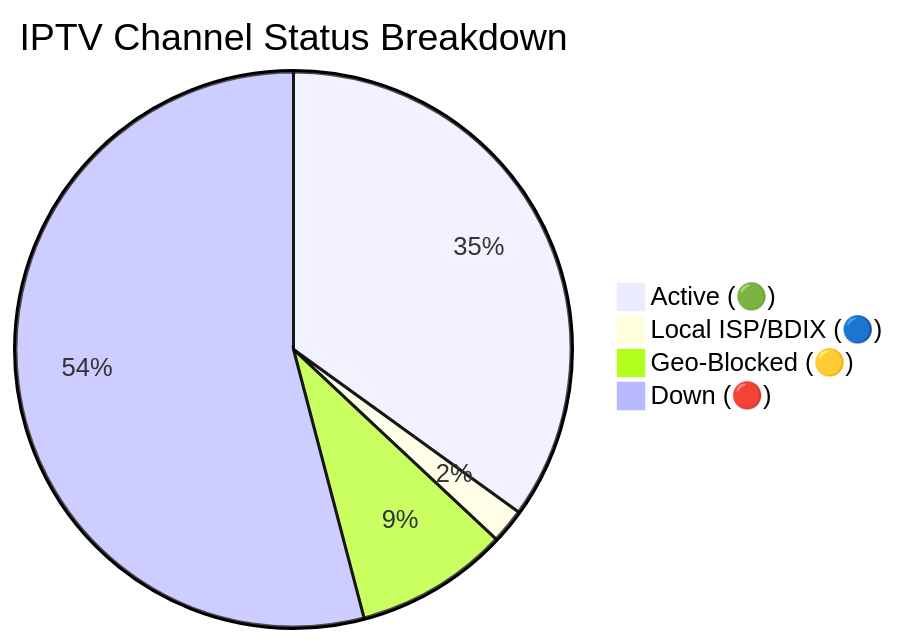
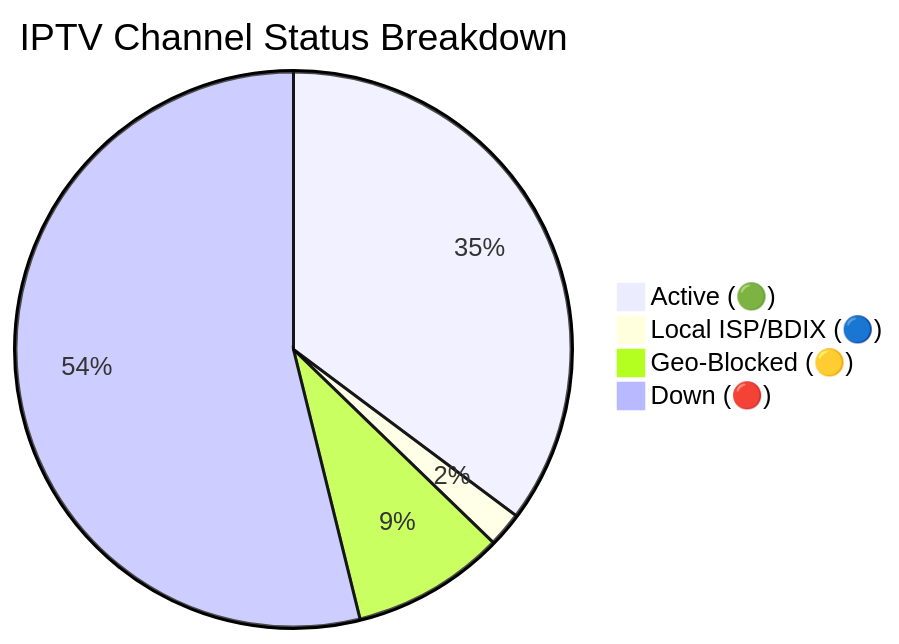
Before and after one commit to andreataylord/Ip-tv-Collection: the diagram in README.md, drawn with Mermaid. The commit also changed other lines of this file and 1 other file, not shown here.

Commit message:
docs(readme): auto-update daily channel status chart

````diff
--- a/README.md
+++ b/README.md
@@ -59,7 +59,7 @@
 ```mermaid
 pie title IPTV Channel Status Breakdown
-    "Active (🟢)" : 2214
+    "Active (🟢)" : 2230
     "Local ISP/BDIX (🔵)" : 128
-    "Geo-Blocked (🟡)" : 566
-    "Down (🔴)" : 3426
+    "Geo-Blocked (🟡)" : 565
+    "Down (🔴)" : 3411
 ```
````
